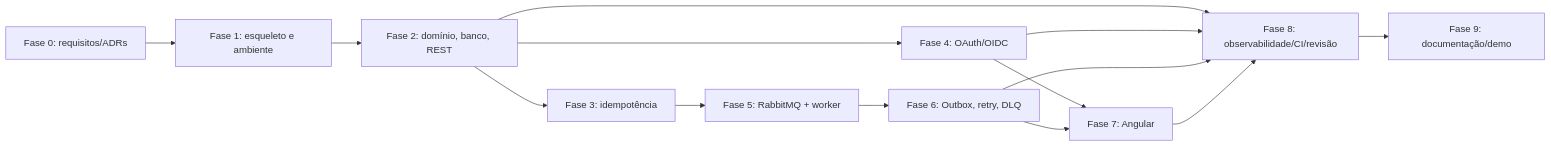
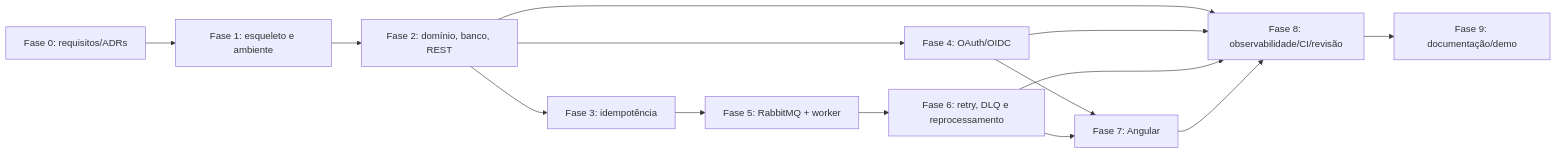
One commit to lorran-camilo/flowbridge changed the diagram in docs/architecture/development-roadmap.md. Above: the diagram before and after it, drawn with Mermaid. The commit also changed other lines of this file and 20 other files, not shown here.

First line of the commit message:
docs: finalize FlowBridge Phase 0 documentation

````diff
--- a/docs/architecture/development-roadmap.md
+++ b/docs/architecture/development-roadmap.md
@@ -16,16 +16,16 @@
 ```mermaid
 flowchart LR
   F0[Fase 0: requisitos/ADRs] --> F1[Fase 1: esqueleto e ambiente]
   F1 --> F2[Fase 2: domínio, banco, REST]
   F2 --> F3[Fase 3: idempotência]
   F2 --> F4[Fase 4: OAuth/OIDC]
   F3 --> F5[Fase 5: RabbitMQ + worker]
   F4 --> F7[Fase 7: Angular]
-  F5 --> F6[Fase 6: Outbox, retry, DLQ]
+  F5 --> F6[Fase 6: retry, DLQ e reprocessamento]
   F6 --> F7
   F2 --> F8[Fase 8: observabilidade/CI/revisão]
   F4 --> F8
   F6 --> F8
   F7 --> F8
   F8 --> F9[Fase 9: documentação/demo]
 ```
````
